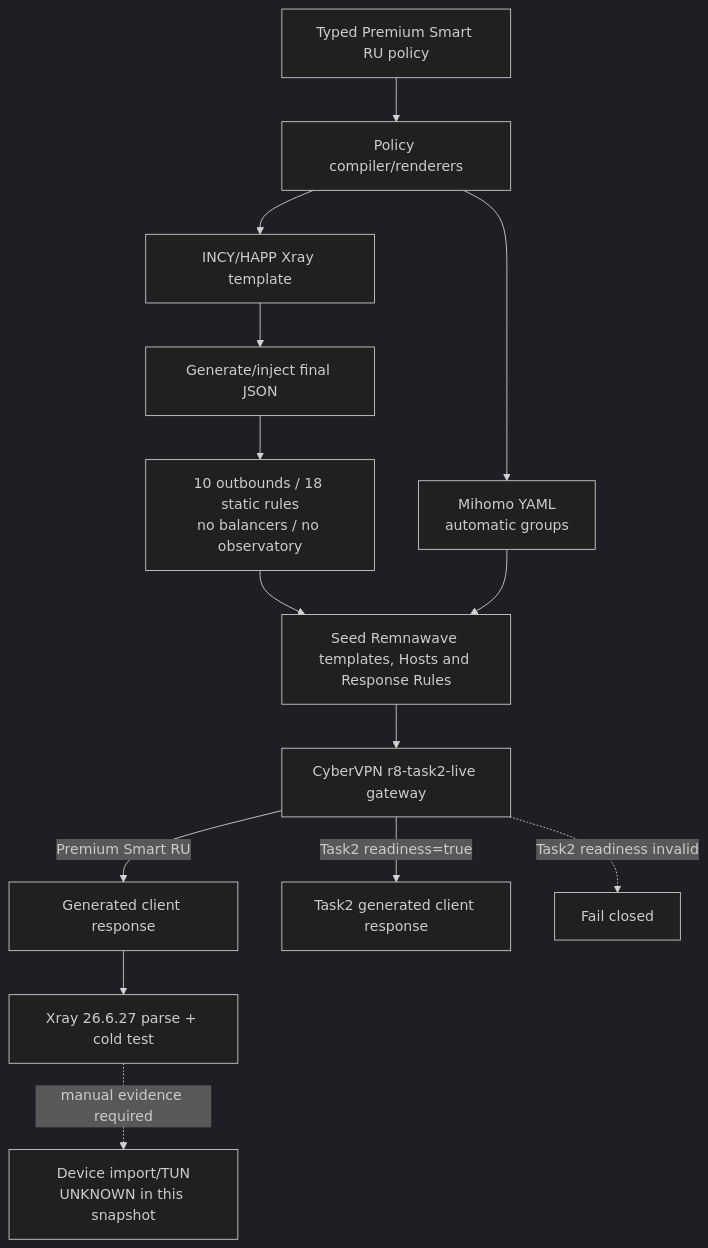
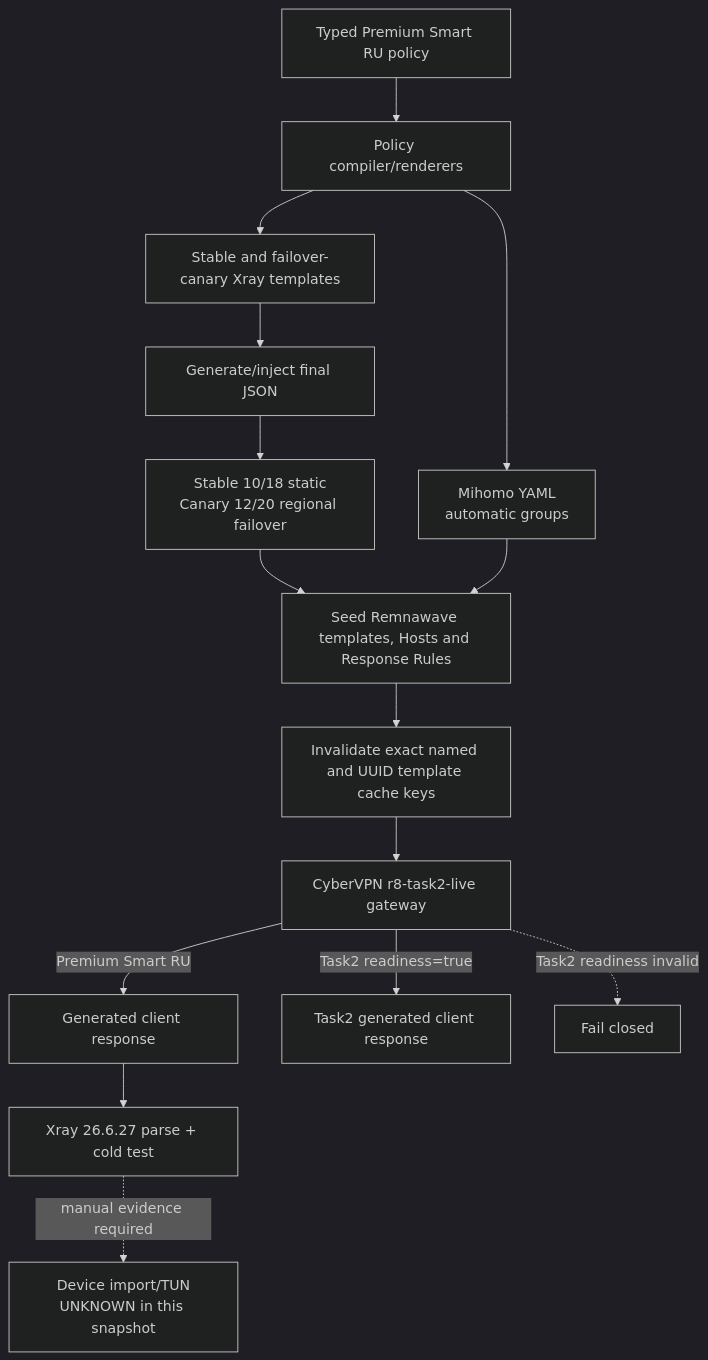
One commit to Beep206/CyberVPN changed the second of 4 diagrams in docs/architecture/CYBERVPN_PREMIUM_SMART_RU_CURRENT_PRODUCTION_ARCHITECTURE.md. Above: the diagram before and after it, drawn with Mermaid (dark theme). The commit also changed other lines of this file and 2 other files, not shown here.

Commit message:
docs(vpn): record live failover and DNS evidence

````diff
--- a/docs/architecture/CYBERVPN_PREMIUM_SMART_RU_CURRENT_PRODUCTION_ARCHITECTURE.md
+++ b/docs/architecture/CYBERVPN_PREMIUM_SMART_RU_CURRENT_PRODUCTION_ARCHITECTURE.md
@@ -630,16 +648,17 @@
 ```mermaid
 flowchart TD
     P["Typed Premium Smart RU policy"] --> C["Policy compiler/renderers"]
     C --> MI["Mihomo YAML\nautomatic groups"]
-    C --> XJ["INCY/HAPP Xray template"]
+    C --> XJ["Stable and failover-canary Xray templates"]
     XJ --> G["Generate/inject final JSON"]
-    G --> S["10 outbounds / 18 static rules\nno balancers / no observatory"]
+    G --> S["Stable 10/18 static\nCanary 12/20 regional failover"]
     S --> RW["Seed Remnawave templates, Hosts and Response Rules"]
+    RW --> CI["Invalidate exact named and UUID template cache keys"]
     MI --> RW
-    RW --> GW["CyberVPN r8-task2-live gateway"]
+    CI --> GW["CyberVPN r8-task2-live gateway"]
     GW -->|"Premium Smart RU"| OUT["Generated client response"]
     GW -->|"Task2 readiness=true"| T2OUT["Task2 generated client response"]
     GW -. "Task2 readiness invalid" .-> FC["Fail closed"]
     OUT --> V["Xray 26.6.27 parse + cold test"]
     V -. "manual evidence required" .-> D["Device import/TUN\nUNKNOWN in this snapshot"]
 ```
````
